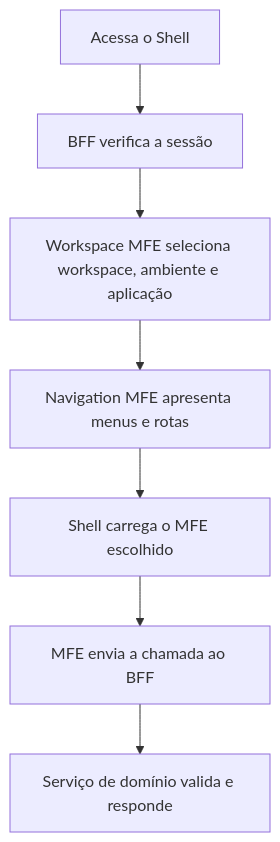
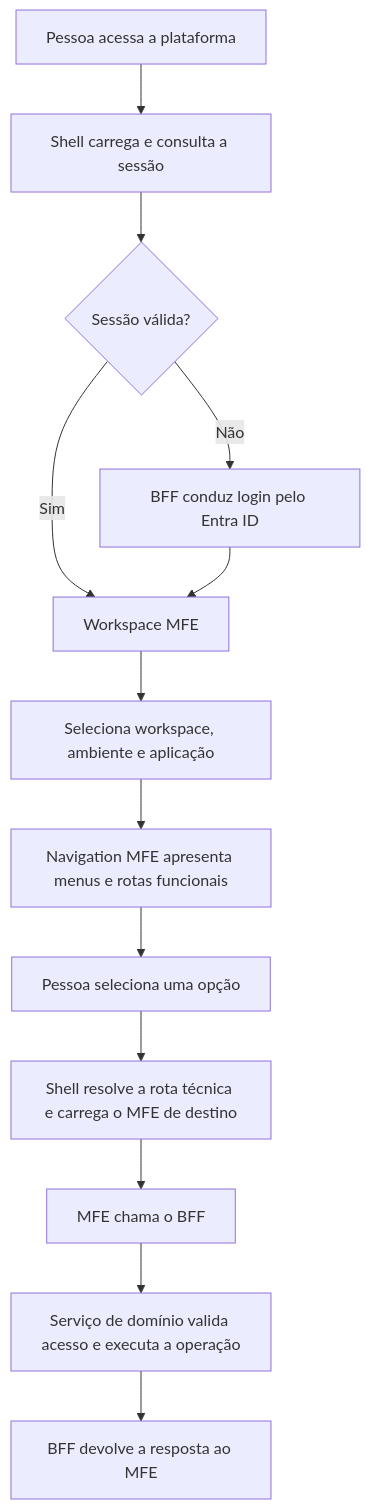
The second of 4 diagrams in docs/refinamento/18-micro-frontends/apresentacao-visao-geral.md (BrunoBS/guideline-java), drawn with Mermaid before and after one commit. The commit also changed other lines of this file, not shown here.

```diff
--- a/docs/refinamento/18-micro-frontends/apresentacao-visao-geral.md
+++ b/docs/refinamento/18-micro-frontends/apresentacao-visao-geral.md
@@ -47,9 +47,15 @@
 ~~~mermaid
 flowchart TB
-  ENTRY["Acessa o Shell"] --> SESSION["BFF verifica a sessão"]
-  SESSION --> CONTEXT["Workspace MFE seleciona workspace, ambiente e aplicação"]
-  CONTEXT --> MENU["Navigation MFE apresenta menus e rotas"]
-  MENU --> REMOTE["Shell carrega o MFE escolhido"]
-  REMOTE --> BFF["MFE envia a chamada ao BFF"]
-  BFF --> SERVICE["Serviço de domínio valida e responde"]
+  START["Pessoa acessa a plataforma"] --> SHELL["Shell carrega e consulta a sessão"]
+  SHELL --> AUTH{"Sessão válida?"}
+  AUTH -->|"Não"| LOGIN["BFF conduz login pelo Entra ID"]
+  AUTH -->|"Sim"| WS["Workspace MFE"]
+  LOGIN --> WS
+  WS --> CONTEXT["Seleciona workspace, ambiente e aplicação"]
+  CONTEXT --> NAV["Navigation MFE apresenta menus e rotas funcionais"]
+  NAV --> ROUTE["Pessoa seleciona uma opção"]
+  ROUTE --> LOAD["Shell resolve a rota técnica e carrega o MFE de destino"]
+  LOAD --> REQUEST["MFE chama o BFF"]
+  REQUEST --> API["Serviço de domínio valida acesso e executa a operação"]
+  API --> RESULT["BFF devolve a resposta ao MFE"]
 ~~~
```
